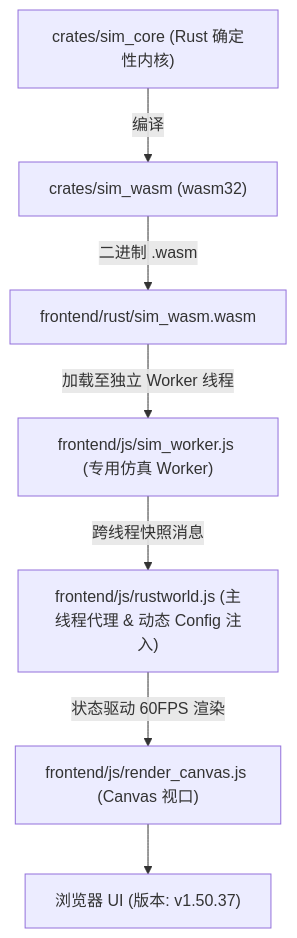
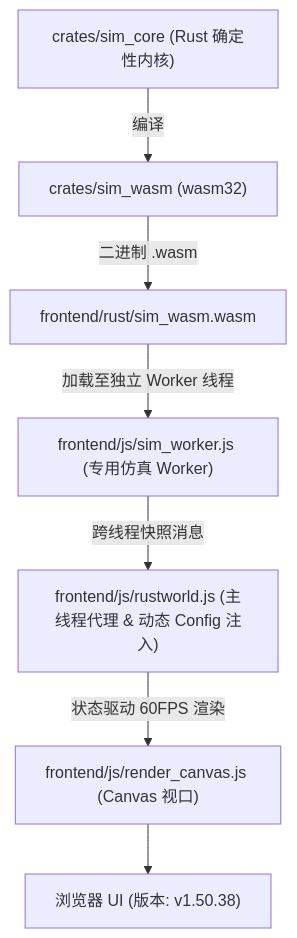
The diagram in AGENTS.md (g39088902/FlowAndAccord), drawn with Mermaid before and after one commit. The commit also changed other lines of this file and 16 other files, not shown here.

````diff
--- a/AGENTS.md
+++ b/AGENTS.md
@@ -61,9 +61,9 @@
 ```mermaid
 graph TD
     A["crates/sim_core (Rust 确定性内核)"] -->|编译| B["crates/sim_wasm (wasm32)"]
     B -->|二进制 .wasm| C["frontend/rust/sim_wasm.wasm"]
     C -->|加载至独立 Worker 线程| D["frontend/js/sim_worker.js (专用仿真 Worker)"]
     D -->|跨线程快照消息| E["frontend/js/rustworld.js (主线程代理 & 动态 Config 注入)"]
     E -->|状态驱动 60FPS 渲染| F["frontend/js/render_canvas.js (Canvas 视口)"]
-    F --> G["浏览器 UI (版本: v1.50.37)"]
+    F --> G["浏览器 UI (版本: v1.50.38)"]
 ```
````
